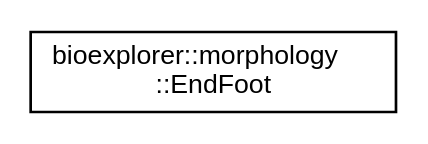
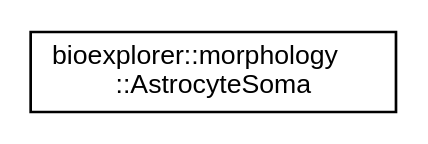
The diagram in docs/inherit_graph_79.dot (BlueBrain/BioExplorer), drawn with Graphviz before and after one commit. The commit also changed 256 other files, not shown here.

```diff
--- a/docs/inherit_graph_79.dot
+++ b/docs/inherit_graph_79.dot
@@ -1,8 +1,8 @@
 digraph "Graphical Class Hierarchy"
 {
  // LATEX_PDF_SIZE
   edge [fontname="Helvetica",fontsize="10",labelfontname="Helvetica",labelfontsize="10"];
   node [fontname="Helvetica",fontsize="10",shape=record];
   rankdir="LR";
-  Node0 [label="bioexplorer::morphology\l::EndFoot",height=0.2,width=0.4,color="black", fillcolor="white", style="filled",URL="$d6/d46/structbioexplorer_1_1morphology_1_1EndFoot.html",tooltip=" "];
+  Node0 [label="bioexplorer::morphology\l::AstrocyteSoma",height=0.2,width=0.4,color="black", fillcolor="white", style="filled",URL="$d6/d17/structbioexplorer_1_1morphology_1_1AstrocyteSoma.html",tooltip=" "];
 }
```
